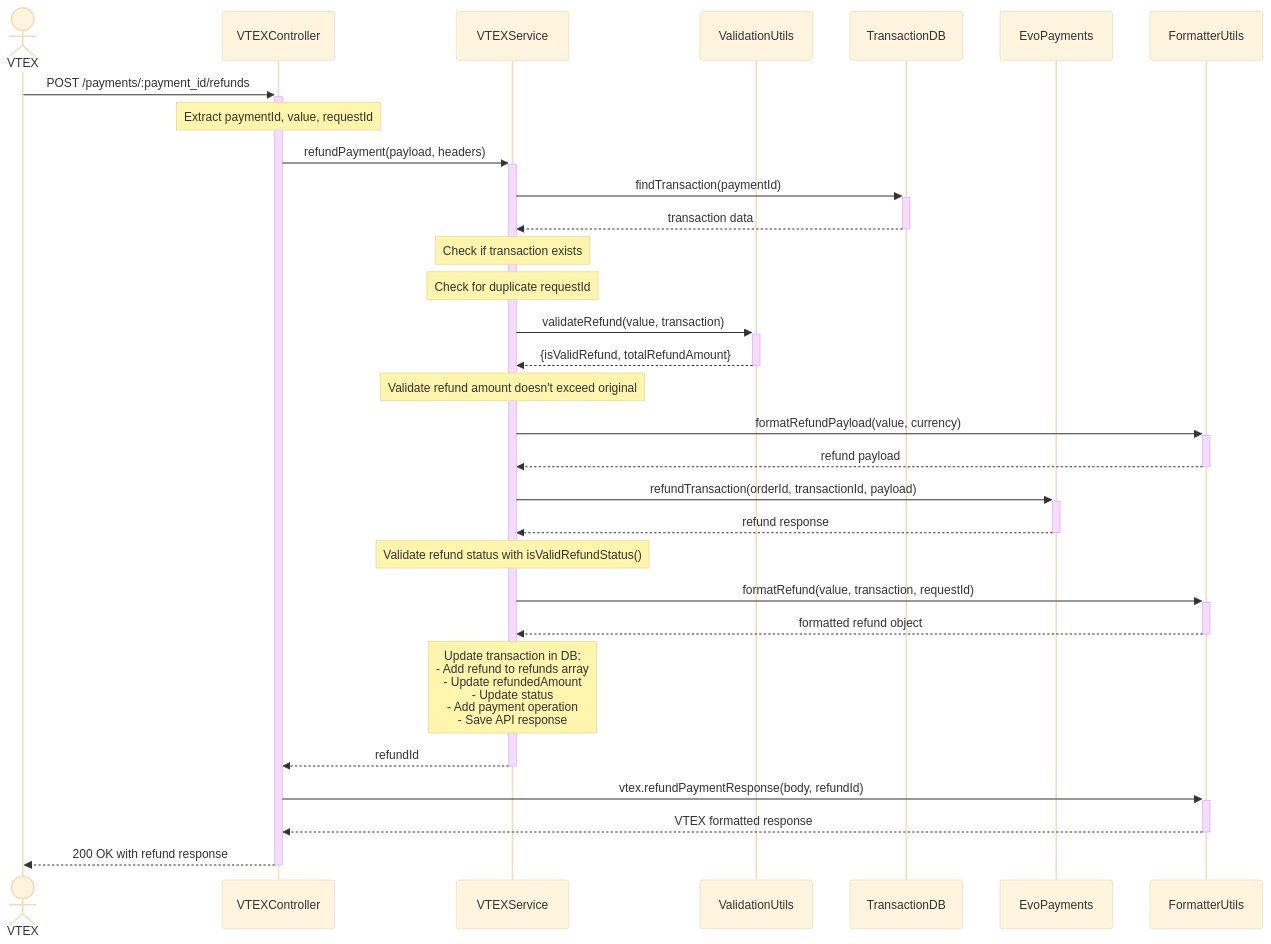
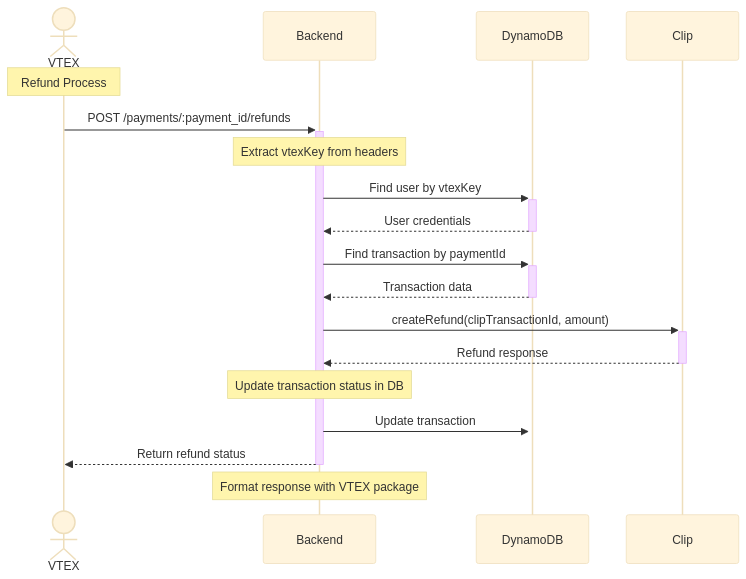
One commit to joa2pac/text-assistant-gpt changed the third of 3 diagrams in README.md. Above: the diagram before and after it, drawn with Mermaid (base theme). The commit also changed other lines of this file, not shown here.

````diff
--- a/README.md
+++ b/README.md
@@ -317,46 +305,21 @@
 ```mermaid
 sequenceDiagram
     actor VTEX
-    participant VTEXController
-    participant VTEXService
-    participant ValidationUtils
-    participant TransactionDB
-    participant EvoPayments
-    participant FormatterUtils
+    participant Backend
+    participant DynamoDB
+    participant Clip
+    Note over VTEX: Refund Process
 
-    VTEX->>+VTEXController: POST /payments/:payment_id/refunds
-    Note over VTEXController: Extract paymentId, value, requestId
-    
-    VTEXController->>+VTEXService: refundPayment(payload, headers)
-    
-    VTEXService->>+TransactionDB: findTransaction(paymentId)
-    TransactionDB-->>-VTEXService: transaction data
-    
-    Note over VTEXService: Check if transaction exists
-    Note over VTEXService: Check for duplicate requestId
-    
-    VTEXService->>+ValidationUtils: validateRefund(value, transaction)
-    ValidationUtils-->>-VTEXService: {isValidRefund, totalRefundAmount}
-    
-    Note over VTEXService: Validate refund amount doesn't exceed original
-    
-    VTEXService->>+FormatterUtils: formatRefundPayload(value, currency)
-    FormatterUtils-->>-VTEXService: refund payload
-    
-    VTEXService->>+EvoPayments: refundTransaction(orderId, transactionId, payload)
-    EvoPayments-->>-VTEXService: refund response
-    
-    Note over VTEXService: Validate refund status with isValidRefundStatus()
-    
-    VTEXService->>+FormatterUtils: formatRefund(value, transaction, requestId)
-    FormatterUtils-->>-VTEXService: formatted refund object
-    
-    Note over VTEXService: Update transaction in DB:<br/>- Add refund to refunds array<br/>- Update refundedAmount<br/>- Update status<br/>- Add payment operation<br/>- Save API response
-    
-    VTEXService-->>-VTEXController: refundId
-    
-    VTEXController->>+FormatterUtils: vtex.refundPaymentResponse(body, refundId)
-    FormatterUtils-->>-VTEXController: VTEX formatted response
-    
-    VTEXController-->>-VTEX: 200 OK with refund response
+    VTEX->>+Backend: POST /payments/:payment_id/refunds
+    Note over Backend: Extract vtexKey from headers
+    Backend->>+DynamoDB: Find user by vtexKey
+    DynamoDB-->>-Backend: User credentials
+    Backend->>+DynamoDB: Find transaction by paymentId
+    DynamoDB-->>-Backend: Transaction data
+    Backend->>+Clip: createRefund(clipTransactionId, amount)
+    Clip-->>-Backend: Refund response
+    Note over Backend: Update transaction status in DB
+    Backend->>+DynamoDB: Update transaction
+    Backend-->>-VTEX: Return refund status
+    Note over Backend: Format response with VTEX package
 ```
````
